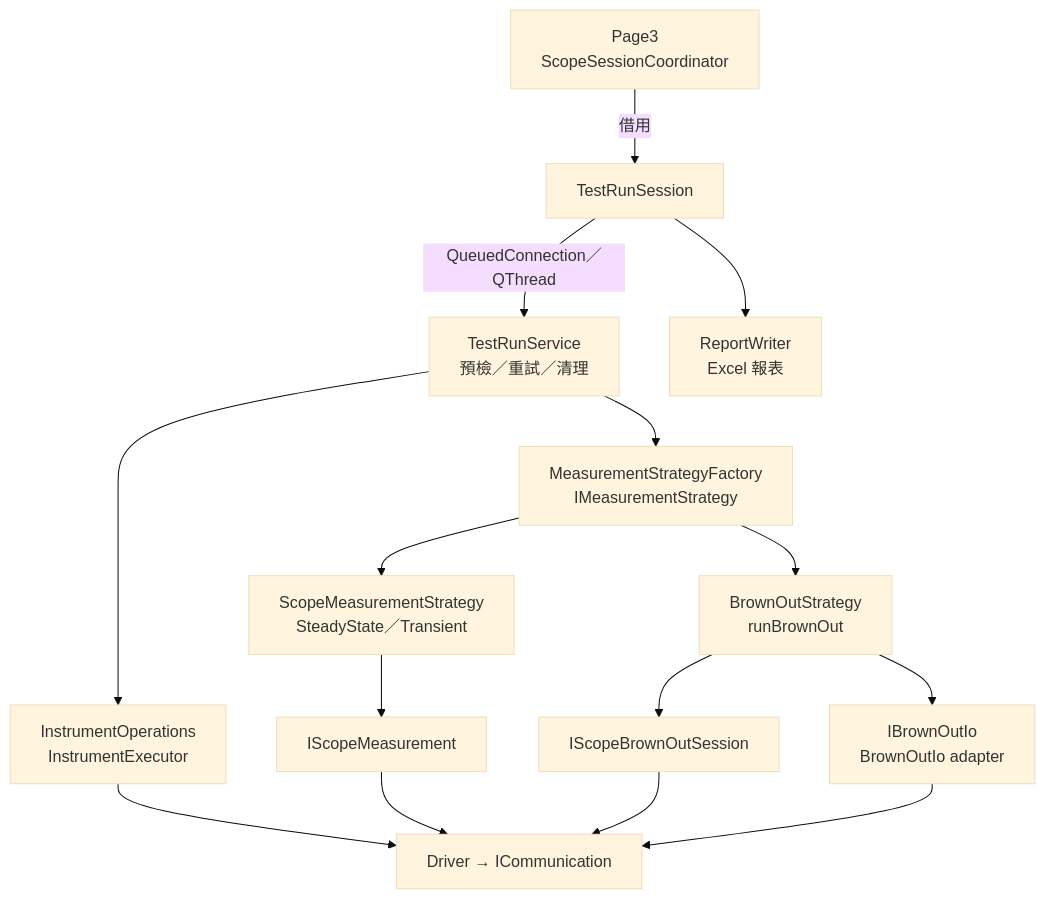
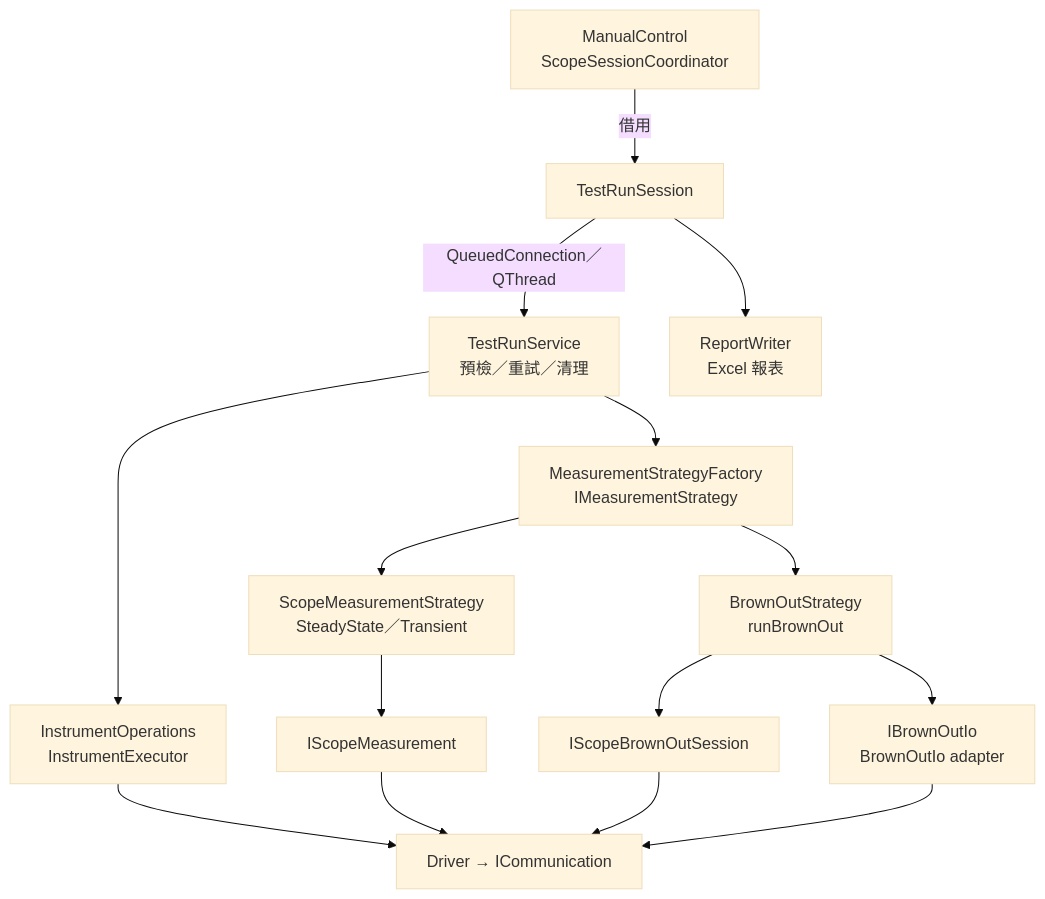
Before and after one commit to Jaxon-Su/ElectronicATE: the third of 3 diagrams in ARCHITECTURE.md, drawn with Mermaid (base theme). The commit also changed other lines of this file and 309 other files, not shown here.

````diff
--- a/ARCHITECTURE.md
+++ b/ARCHITECTURE.md
@@ -107,17 +128,17 @@
 ```mermaid
 flowchart TD
-    Scope["Page3<br/>ScopeSessionCoordinator"] -->|"借用"| Session["TestRunSession"]
+    Scope["ManualControl<br/>ScopeSessionCoordinator"] -->|"借用"| Session["TestRunSession"]
     Session -->|"QueuedConnection／QThread"| Run["TestRunService<br/>預檢／重試／清理"]
     Session --> Report["ReportWriter<br/>Excel 報表"]
     Run --> Ops["InstrumentOperations<br/>InstrumentExecutor"]
     Run --> Factory["MeasurementStrategyFactory<br/>IMeasurementStrategy"]
     Factory --> General["ScopeMeasurementStrategy<br/>SteadyState／Transient"]
     General --> Measure["IScopeMeasurement"]
     Factory --> BrownOut["BrownOutStrategy<br/>runBrownOut"]
     BrownOut --> BrownScope["IScopeBrownOutSession"]
     BrownOut --> BrownIO["IBrownOutIo<br/>BrownOutIo adapter"]
     Ops --> Driver["Driver → ICommunication"]
     Measure --> Driver
     BrownScope --> Driver
     BrownIO --> Driver
 ```
````
